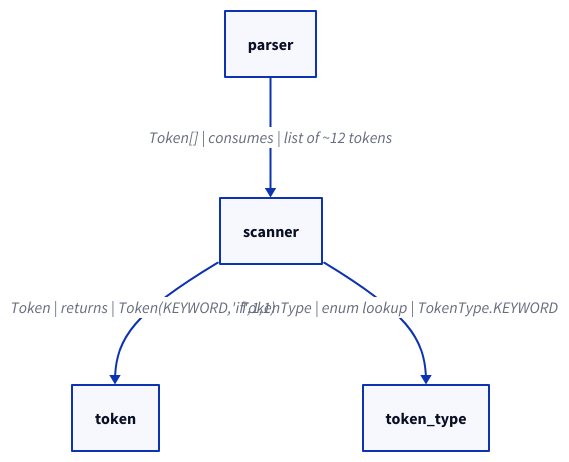
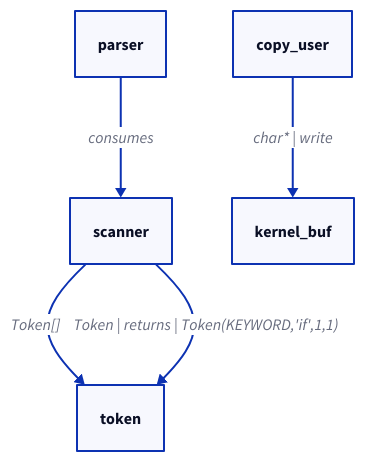
Before and after one commit to iknizzz1807/editutor-crafter: the seventh of 9 diagrams in scripts/instructions/system_diagram_artist.md, drawn with D2. The commit also changed other lines of this file and 30 other files, not shown here.

````diff
--- a/scripts/instructions/system_diagram_artist.md
+++ b/scripts/instructions/system_diagram_artist.md
@@ -132,5 +132,9 @@
 ```d2
+# GOOD — short labels
+scanner -> token: "Token[]"
+parser -> scanner: "consumes"
+copy_user -> kernel_buf: "char* | write"
+
+# BAD — too long, causes overlap
 scanner -> token: "Token | returns | Token(KEYWORD,'if',1,1)"
-scanner -> token_type: "TokenType | enum lookup | TokenType.KEYWORD"
-parser -> scanner: "Token[]  | consumes | list of ~12 tokens"
 ```
````
